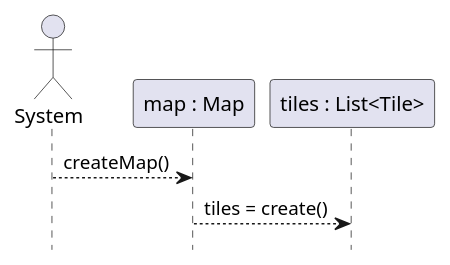
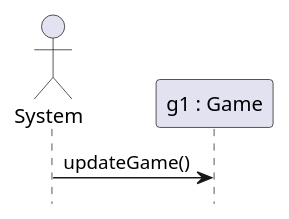
One commit to dgoldman30/Dungeon_Crawler changed the fourth of 7 diagrams in doc/design.md. Above: the diagram before and after it, drawn with PlantUML. The commit also changed other lines of this file and 1 other file, not shown here.

````diff
--- a/doc/design.md
+++ b/doc/design.md
@@ -127,14 +128,10 @@
 ```plantuml
 @startuml
 
 hide footbox
 
 actor System
-participant "map : Map" as map
-participant "tiles : List<Tile>" as tiles
-
-System --> map : createMap()
-map --> tiles : tiles = create()
-
+participant "g1 : Game" as Game
+System -> Game : updateGame()
 @enduml
 ```
````
